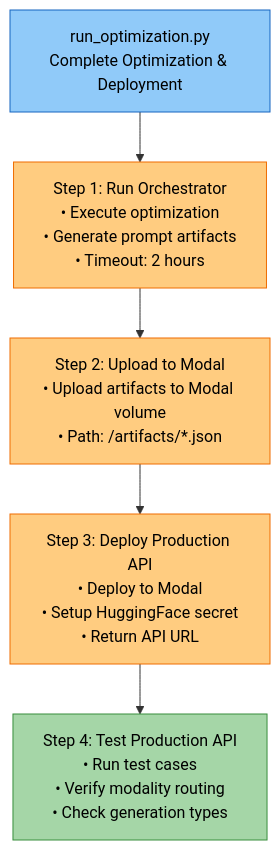
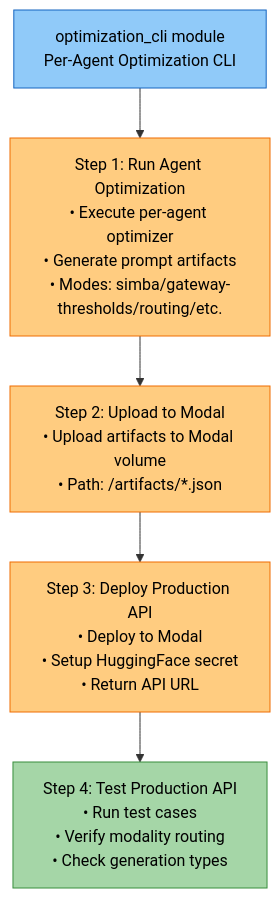
The second of 4 diagrams in docs/development/scripts-operations.md (amit-jain/cogniverse), drawn with Mermaid before and after one commit. The commit also changed other lines of this file and 5 other files, not shown here.

````diff
--- a/docs/development/scripts-operations.md
+++ b/docs/development/scripts-operations.md
@@ -152,23 +152,23 @@
 ```mermaid
 flowchart TB
-    Start["<span style='color:#000'>run_optimization.py<br/>Complete Optimization & Deployment</span>"]
+    Start["<span style='color:#000'>optimization_cli module<br/>Per-Agent Optimization CLI</span>"]
 
-    Step1["<span style='color:#000'>Step 1: Run Orchestrator<br/>• Execute optimization<br/>• Generate prompt artifacts<br/>• Timeout: 2 hours</span>"]
+    Step1["<span style='color:#000'>Step 1: Run Agent Optimization<br/>• Execute per-agent optimizer<br/>• Generate prompt artifacts<br/>• Modes: simba/gateway-thresholds/routing/etc.</span>"]
 
     Step2["<span style='color:#000'>Step 2: Upload to Modal<br/>• Upload artifacts to Modal volume<br/>• Path: /artifacts/*.json</span>"]
 
     Step3["<span style='color:#000'>Step 3: Deploy Production API<br/>• Deploy to Modal<br/>• Setup HuggingFace secret<br/>• Return API URL</span>"]
 
     Step4["<span style='color:#000'>Step 4: Test Production API<br/>• Run test cases<br/>• Verify modality routing<br/>• Check generation types</span>"]
 
     Start --> Step1
     Step1 --> Step2
     Step2 --> Step3
     Step3 --> Step4
 
     style Start fill:#90caf9,stroke:#1565c0,color:#000
     style Step1 fill:#ffcc80,stroke:#ef6c00,color:#000
     style Step2 fill:#ffcc80,stroke:#ef6c00,color:#000
     style Step3 fill:#ffcc80,stroke:#ef6c00,color:#000
     style Step4 fill:#a5d6a7,stroke:#388e3c,color:#000
 ```
````
